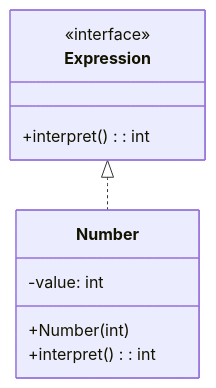
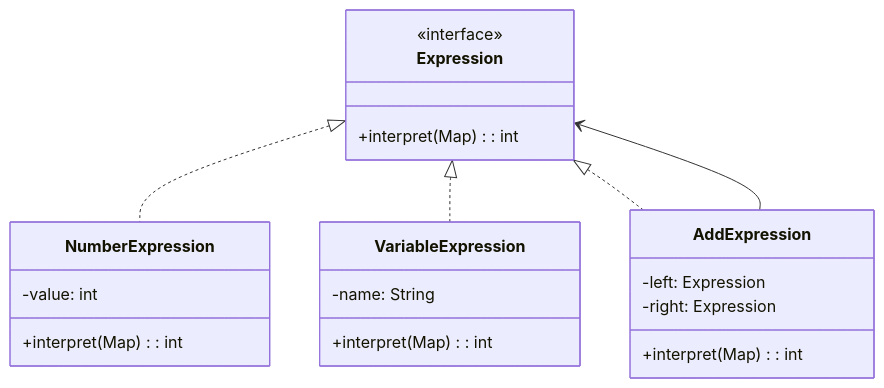
Diagram 15 of 23 in content/english/blog/system_design/core_design_patterns.md (welldesignedsystem/welldesignedsystem.github.io), drawn with Mermaid before and after one commit. The commit also changed other lines of this file and 1 other file, not shown here.

````diff
--- a/content/english/blog/system_design/core_design_patterns.md
+++ b/content/english/blog/system_design/core_design_patterns.md
@@ -787,13 +1151,24 @@
 ```mermaid
 classDiagram
     class Expression {
         <<interface>>
-        +interpret(): int
+        +interpret(Map): int
     }
-    class Number {
+    class NumberExpression {
         -value: int
-        +Number(int)
-        +interpret(): int
+        +interpret(Map): int
     }
-    Expression <|.. Number
+    class VariableExpression {
+        -name: String
+        +interpret(Map): int
+    }
+    class AddExpression {
+        -left: Expression
+        -right: Expression
+        +interpret(Map): int
+    }
+    Expression <|.. NumberExpression
+    Expression <|.. VariableExpression
+    Expression <|.. AddExpression
+    AddExpression --> Expression
 ```
````
